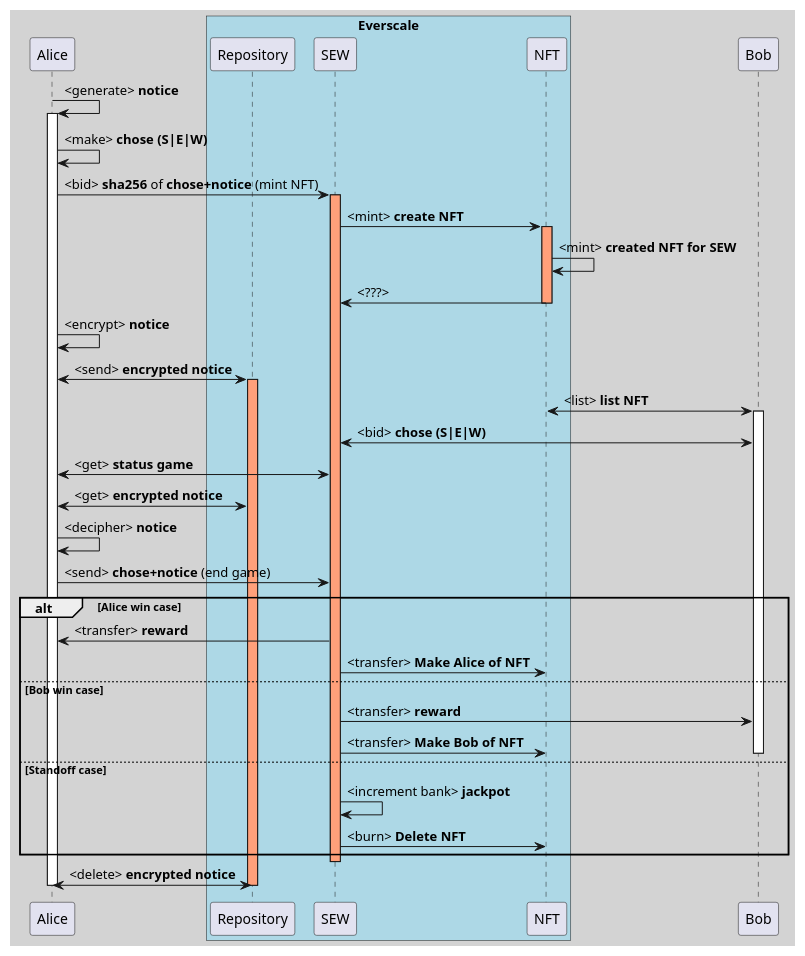
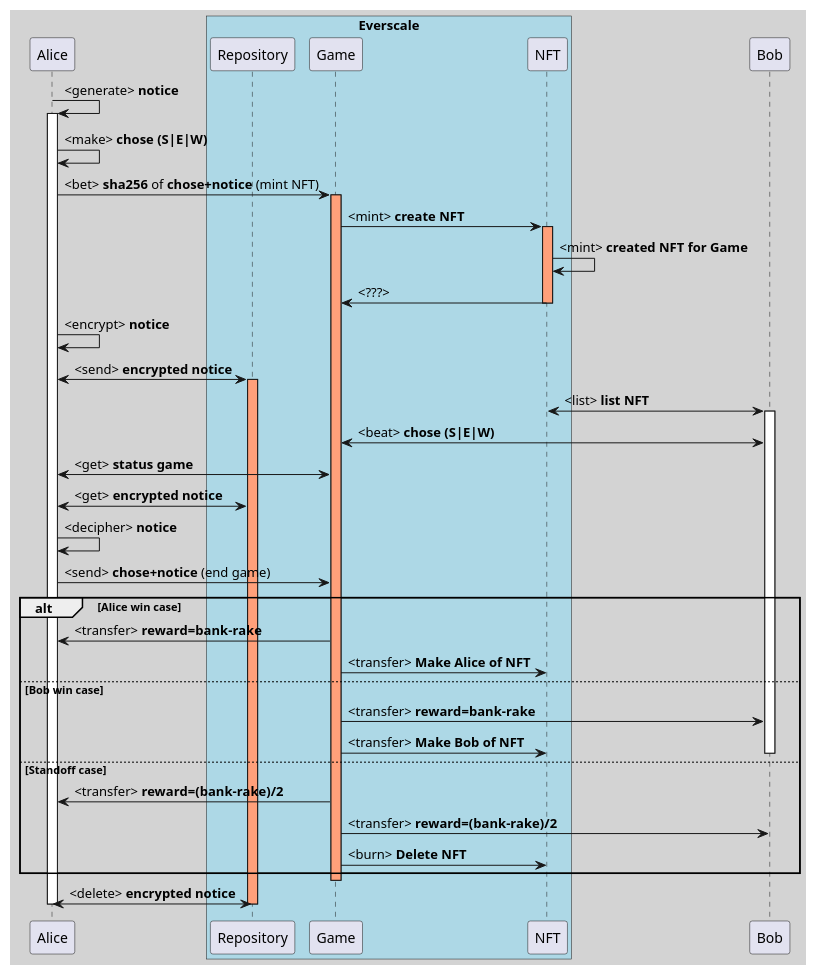
Before and after one commit to thanhlmm/Everscale-SEW: the diagram in feature/flow.puml, drawn with PlantUML. The commit also changed 15 other files, not shown here.

Commit message:
base game flow

```diff
--- a/feature/flow.puml
+++ b/feature/flow.puml
@@ -1,54 +1,55 @@
 @startuml
 skinparam shadowing false
 skinparam backgroundColor #LightGrey
 skinparam handwritten false
 
 participant Alice
 
 box "Everscale" #LightBlue
 participant Repository
-participant SEW
+participant Game
 participant NFT
 end box
 
 participant Bob
 
 Alice -> Alice: <generate> **notice**
 activate Alice
 Alice -> Alice: <make> **chose (S|E|W)**
-Alice -> SEW: <bid> **sha256** of **chose+notice** (mint NFT)
-activate SEW #LightSalmon
-SEW -> NFT: <mint> **create NFT**
+Alice -> Game: <bet> **sha256** of **chose+notice** (mint NFT)
+activate Game #LightSalmon
+Game -> NFT: <mint> **create NFT**
 activate NFT #LightSalmon
-NFT -> NFT: <mint> **created NFT for SEW**
-NFT -> SEW: <???>
+NFT -> NFT: <mint> **created NFT for Game**
+NFT -> Game: <???>
 deactivate NFT
 Alice -> Alice: <encrypt> **notice**
 Alice <-> Repository: <send> **encrypted notice**
 activate Repository #LightSalmon
 Bob <-> NFT: <list> **list NFT**
 activate Bob
-Bob <-> SEW: <bid> **chose (S|E|W)**
-Alice <-> SEW: <get> **status game**
+Bob <-> Game: <beat> **chose (S|E|W)**
+Alice <-> Game: <get> **status game**
 
 Alice <-> Repository: <get> **encrypted notice**
 Alice -> Alice: <decipher> **notice**
-Alice -> SEW: <send> **chose+notice** (end game)
+Alice -> Game: <send> **chose+notice** (end game)
 
 alt Alice win case
-    SEW -> Alice: <transfer> **reward**
-    SEW -> NFT: <transfer> **Make Alice of NFT**
+    Game -> Alice: <transfer> **reward=bank-rake**
+    Game -> NFT: <transfer> **Make Alice of NFT**
 else Bob win case
-    SEW -> Bob: <transfer> **reward**
-    SEW -> NFT: <transfer> **Make Bob of NFT**
+    Game -> Bob: <transfer> **reward=bank-rake**
+    Game -> NFT: <transfer> **Make Bob of NFT**
     deactivate Bob
 else Standoff case
-    SEW -> SEW: <increment bank> **jackpot**
-    SEW -> NFT: <burn> **Delete NFT**
+    Game -> Alice: <transfer> **reward=(bank-rake)/2**
+    Game -> Bob: <transfer> **reward=(bank-rake)/2**
+    Game -> NFT: <burn> **Delete NFT**
 end
 
-deactivate SEW
+deactivate Game
 Alice <-> Repository: <delete> **encrypted notice**
 deactivate Alice
 deactivate Repository
 @enduml
```
